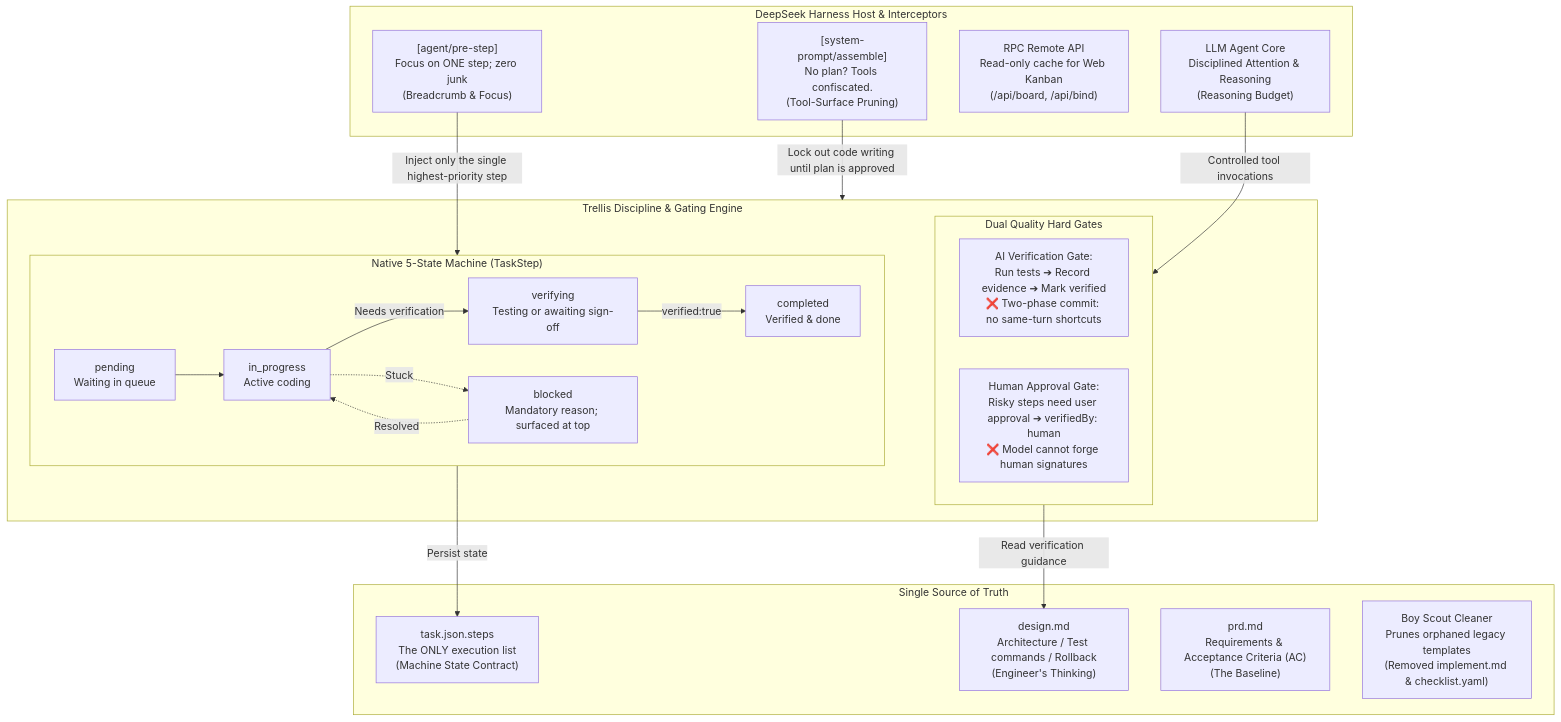
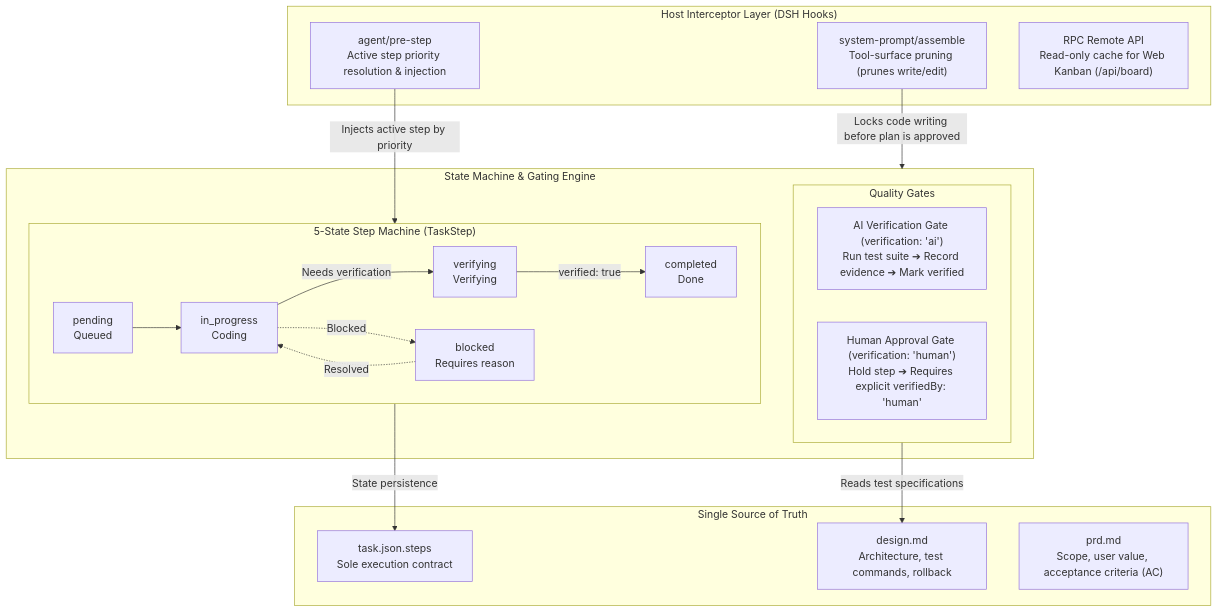
Before and after one commit to 1264459640/dsh-trellis: the diagram in README_EN.md, drawn with Mermaid. The commit also changed other lines of this file and 1 other file, not shown here.

Commit message:
docs: streamline READMEs with clean, concise, and professional engineering specifications

````diff
--- a/README_EN.md
+++ b/README_EN.md
@@ -63,37 +41,34 @@
 ```mermaid
 flowchart TD
-    subgraph Host["DeepSeek Harness Host & Interceptors"]
-        H1["[system-prompt/assemble]<br/>No plan? Tools confiscated.<br/>(Tool-Surface Pruning)"]
-        H2["[agent/pre-step]<br/>Focus on ONE step; zero junk<br/>(Breadcrumb & Focus)"]
-        H3["RPC Remote API<br/>Read-only cache for Web Kanban<br/>(/api/board, /api/bind)"]
-        H4["LLM Agent Core<br/>Disciplined Attention & Reasoning<br/>(Reasoning Budget)"]
+    subgraph Host["Host Interceptor Layer (DSH Hooks)"]
+        H1["system-prompt/assemble<br/>Tool-surface pruning (prunes write/edit)"]
+        H2["agent/pre-step<br/>Active step priority resolution & injection"]
+        H3["RPC Remote API<br/>Read-only cache for Web Kanban (/api/board)"]
     end
 
-    subgraph Engine["Trellis Discipline & Gating Engine"]
-        subgraph States["Native 5-State Machine (TaskStep)"]
-            S_pen["pending<br/>Waiting in queue"] --> S_inp["in_progress<br/>Active coding"]
-            S_inp -->|"Needs verification"| S_ver["verifying<br/>Testing or awaiting sign-off"]
-            S_ver -->|"verified:true"| S_com["completed<br/>Verified & done"]
-            S_inp -.->|"Stuck"| S_blk["blocked<br/>Mandatory reason; surfaced at top"]
+    subgraph Engine["State Machine & Gating Engine"]
+        subgraph States["5-State Step Machine (TaskStep)"]
+            S_pen["pending<br/>Queued"] --> S_inp["in_progress<br/>Coding"]
+            S_inp -->|"Needs verification"| S_ver["verifying<br/>Verifying"]
+            S_ver -->|"verified: true"| S_com["completed<br/>Done"]
+            S_inp -.->|"Blocked"| S_blk["blocked<br/>Requires reason"]
             S_blk -.->|"Resolved"| S_inp
         end
 
-        subgraph Gates["Dual Quality Hard Gates"]
-            G_ai["AI Verification Gate:<br/>Run tests ➔ Record evidence ➔ Mark verified<br/>❌ Two-phase commit: no same-turn shortcuts"]
-            G_human["Human Approval Gate:<br/>Risky steps need user approval ➔ verifiedBy: human<br/>❌ Model cannot forge human signatures"]
+        subgraph Gates["Quality Gates"]
+            G_ai["AI Verification Gate (verification: 'ai')<br/>Run test suite ➔ Record evidence ➔ Mark verified"]
+            G_human["Human Approval Gate (verification: 'human')<br/>Hold step ➔ Requires explicit verifiedBy: 'human'"]
         end
     end
 
     subgraph Storage["Single Source of Truth"]
-        D_task["task.json.steps<br/>The ONLY execution list<br/>(Machine State Contract)"]
-        D_design["design.md<br/>Architecture / Test commands / Rollback<br/>(Engineer's Thinking)"]
-        D_prd["prd.md<br/>Requirements & Acceptance Criteria (AC)<br/>(The Baseline)"]
-        D_clean["Boy Scout Cleaner<br/>Prunes orphaned legacy templates<br/>(Removed implement.md & checklist.yaml)"]
+        D_task["task.json.steps<br/>Sole execution contract"]
+        D_design["design.md<br/>Architecture, test commands, rollback"]
+        D_prd["prd.md<br/>Scope, user value, acceptance criteria (AC)"]
     end
 
-    H1 -->|"Lock out code writing until plan is approved"| Engine
-    H2 -->|"Inject only the single highest-priority step"| States
-    H4 -->|"Controlled tool invocations"| Gates
-    States -->|"Persist state"| D_task
-    Gates -->|"Read verification guidance"| D_design
+    H1 -->|"Locks code writing before plan is approved"| Engine
+    H2 -->|"Injects active step by priority"| States
+    States -->|"State persistence"| D_task
+    Gates -->|"Reads test specifications"| D_design
 ```
````
